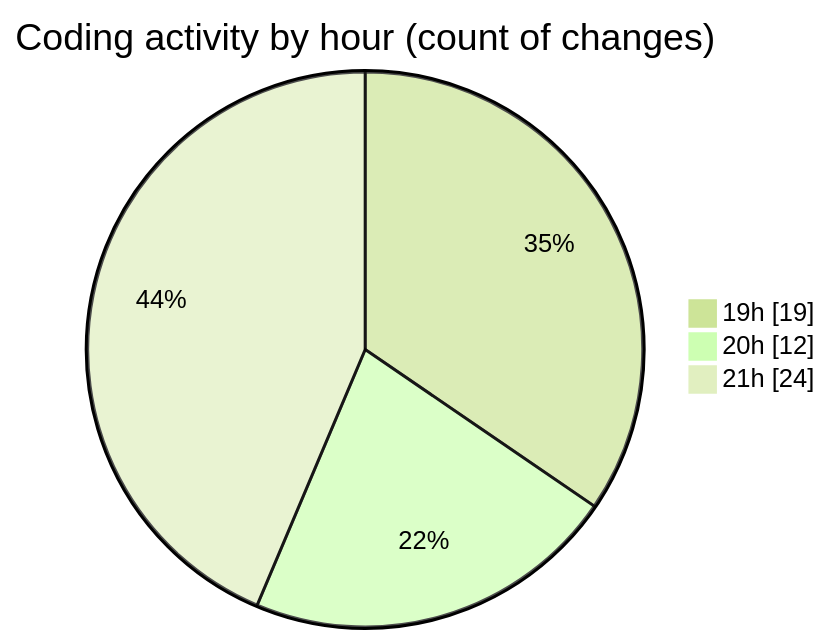
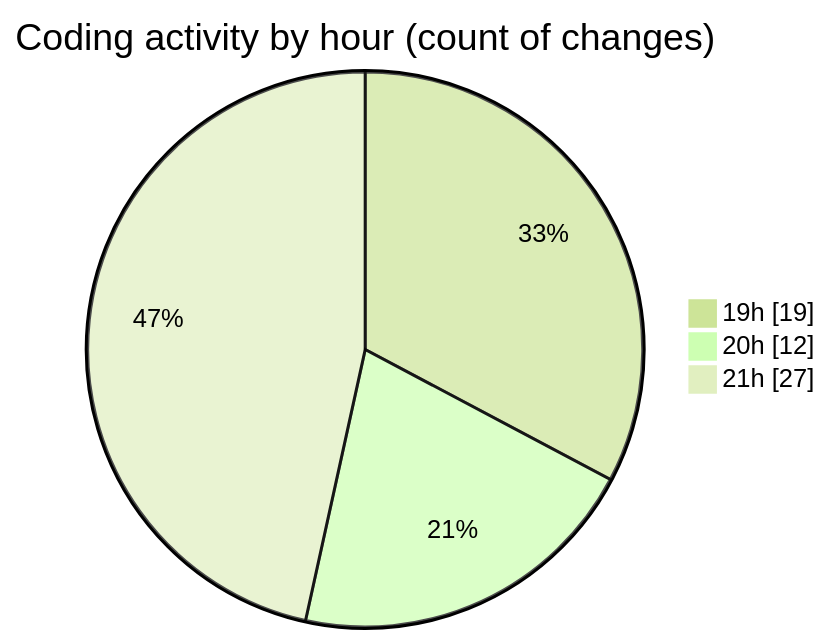
The second of 2 diagrams in 2025-07-28/quanlyrapchieuphim-2/README.md (lephambinh05/code-tracking), drawn with Mermaid (forest theme) before and after one commit. The commit also changed other lines of this file and 1 other file, not shown here.

````diff
--- a/2025-07-28/quanlyrapchieuphim-2/README.md
+++ b/2025-07-28/quanlyrapchieuphim-2/README.md
@@ -50,7 +51,7 @@
 ```mermaid
 pie showData
 title Coding activity by hour (count of changes)
 "19h" : 19
 "20h" : 12
-"21h" : 24
+"21h" : 27
 ```
````
